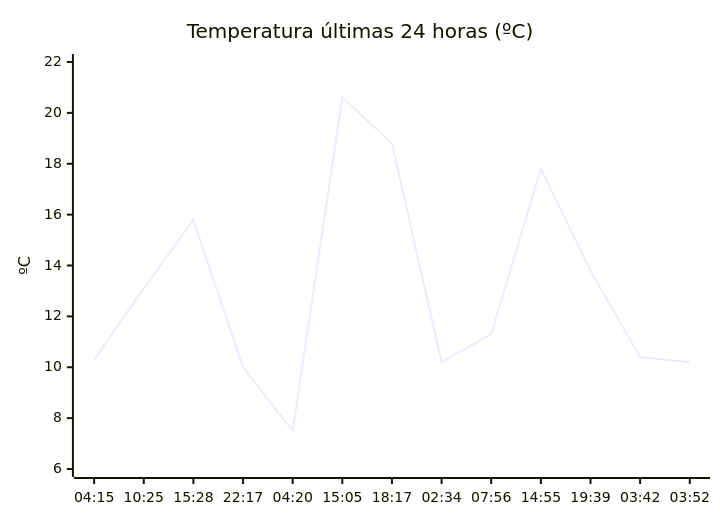
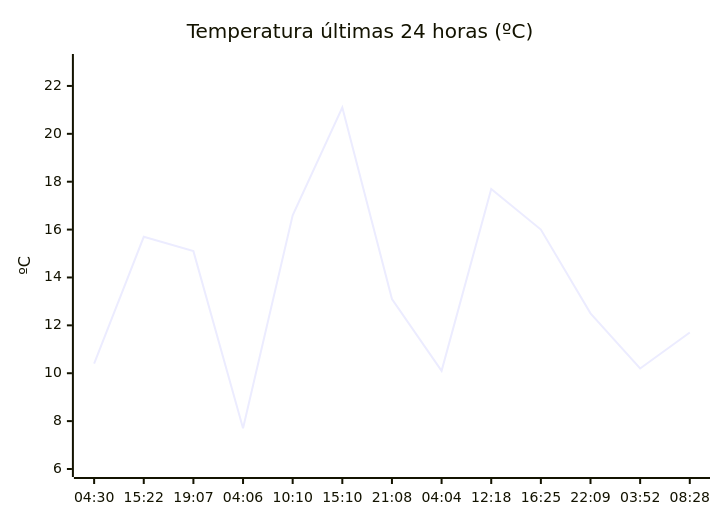
The diagram in README.md (solidsnk86/rem-scrap), drawn with Mermaid before and after one commit. The commit also changed other lines of this file, not shown here.

````diff
--- a/README.md
+++ b/README.md
@@ -28,7 +32,7 @@
 ```mermaid
 xychart-beta
     title "Temperatura últimas 24 horas (ºC)"
-    x-axis ["04:15", "10:25", "15:28", "22:17", "04:20", "15:05", "18:17", "02:34", "07:56", "14:55", "19:39", "03:42", "03:52"]
-    y-axis "ºC" 6 --> 22
-    line [10.3, 13.1, 15.8, 10, 7.5, 20.6, 18.8, 10.2, 11.3, 17.8, 13.8, 10.4, 10.2]
+    x-axis ["04:30", "15:22", "19:07", "04:06", "10:10", "15:10", "21:08", "04:04", "12:18", "16:25", "22:09", "03:52", "08:28"]
+    y-axis "ºC" 6 --> 23
+    line [10.4, 15.7, 15.1, 7.7, 16.6, 21.1, 13.1, 10.1, 17.7, 16, 12.5, 10.2, 11.7]
 ```
````
